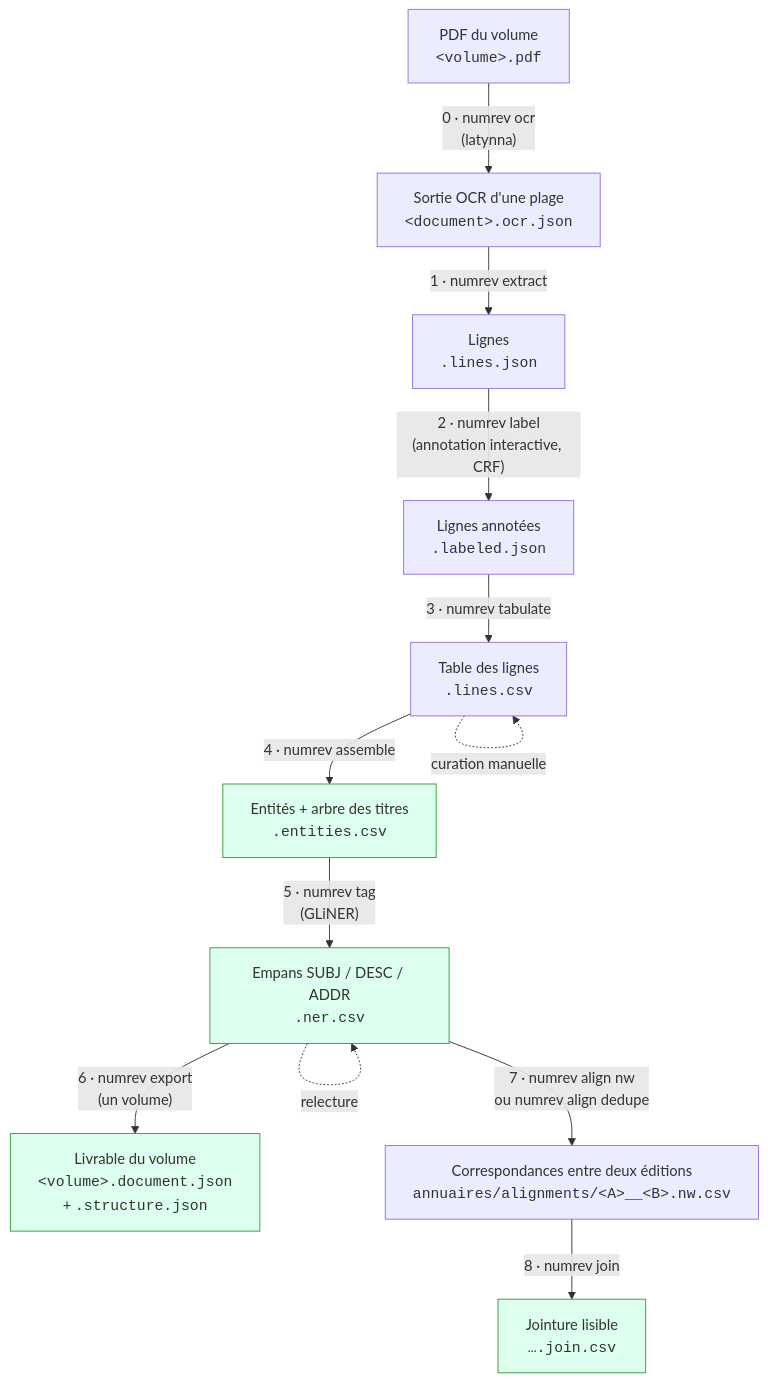
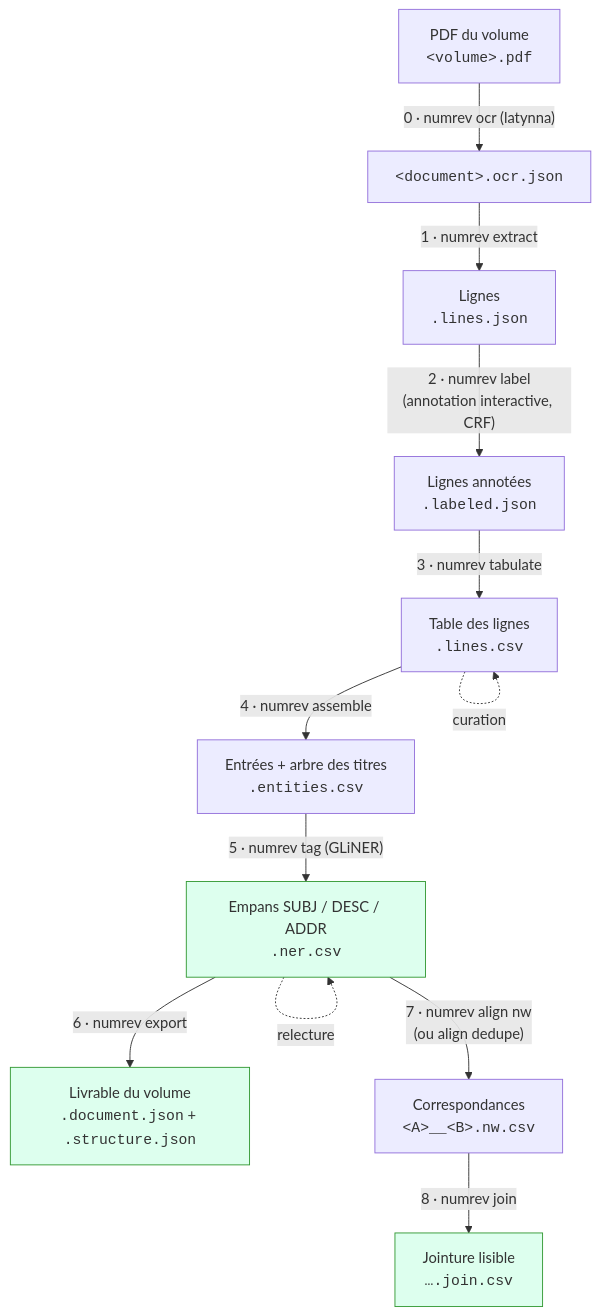
One commit to HueyNemud/adresses_revolutionnaires changed the diagram in README.md. Above: the diagram before and after it, drawn with Mermaid. The commit also changed other lines of this file and 49 other files, not shown here.

````diff
--- a/README.md
+++ b/README.md
@@ -48,20 +42,19 @@
 ```mermaid
 flowchart TD
     P["PDF du volume<br/><code>&lt;volume&gt;.pdf</code>"]
-    P -->|"0 · numrev ocr<br/>(latynna)"| A["Sortie OCR d'une plage<br/><code>&lt;document&gt;.ocr.json</code>"]
+    P -->|"0 · numrev ocr (latynna)"| A["<code>&lt;document&gt;.ocr.json</code>"]
     A -->|"1 · numrev extract"| B["Lignes<br/><code>.lines.json</code>"]
     B -->|"2 · numrev label<br/>(annotation interactive, CRF)"| C["Lignes annotées<br/><code>.labeled.json</code>"]
     C -->|"3 · numrev tabulate"| D["Table des lignes<br/><code>.lines.csv</code>"]
-    D -.->|"curation manuelle"| D
-    D -->|"4 · numrev assemble"| E["Entités + arbre des titres<br/><code>.entities.csv</code>"]
-    E -->|"5 · numrev tag<br/>(GLiNER)"| F["Empans SUBJ / DESC / ADDR<br/><code>.ner.csv</code>"]
+    D -.->|"curation"| D
+    D -->|"4 · numrev assemble"| E["Entrées + arbre des titres<br/><code>.entities.csv</code>"]
+    E -->|"5 · numrev tag (GLiNER)"| F["Empans SUBJ / DESC / ADDR<br/><code>.ner.csv</code>"]
     F -.->|"relecture"| F
-    F -->|"6 · numrev export<br/>(un volume)"| V["Livrable du volume<br/><code>&lt;volume&gt;.document.json</code><br/>+ <code>.structure.json</code>"]
-    F -->|"7 · numrev align nw<br/>ou numrev align dedupe"| G["Correspondances entre deux éditions<br/><code>annuaires/alignments/&lt;A&gt;__&lt;B&gt;.nw.csv</code>"]
+    F -->|"6 · numrev export"| V["Livrable du volume<br/><code>.document.json</code> + <code>.structure.json</code>"]
+    F -->|"7 · numrev align nw<br/>(ou align dedupe)"| G["Correspondances<br/><code>&lt;A&gt;__&lt;B&gt;.nw.csv</code>"]
     G -->|"8 · numrev join"| H["Jointure lisible<br/><code>….join.csv</code>"]
 
-    style E fill:#dfe,stroke:#393
     style F fill:#dfe,stroke:#393
     style V fill:#dfe,stroke:#393
     style H fill:#dfe,stroke:#393
 ```
````
